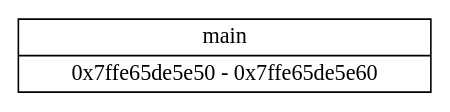
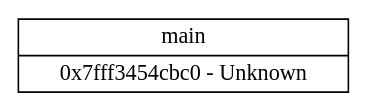
Before and after one commit to stefanos-86/Remember: the diagram in testPrograms/justMain_result.dot, drawn with Graphviz. The commit also changed 9 other files, not shown here.

```diff
--- a/testPrograms/justMain_result.dot
+++ b/testPrograms/justMain_result.dot
@@ -1,5 +1,5 @@
 digraph "Memory Dump" {
 	node [shape=record]
 	rankdir=LR
-	"0x7ffe65de5e50" [label="main|0x7ffe65de5e50 - 0x7ffe65de5e60"]
+	"0x7fff3454cbc0" [label="main|0x7fff3454cbc0 - Unknown"]
 }
```
